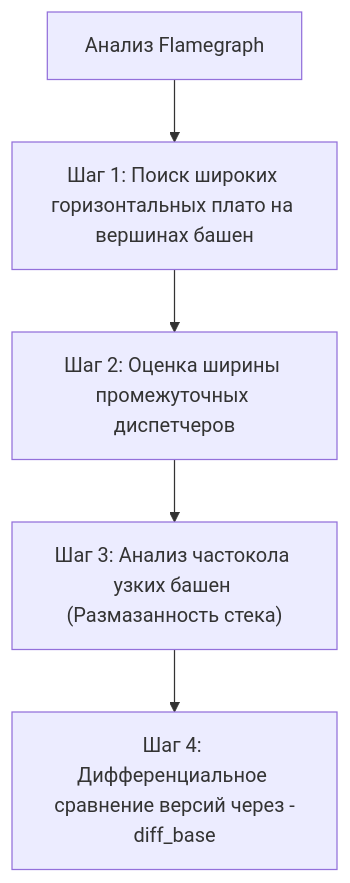
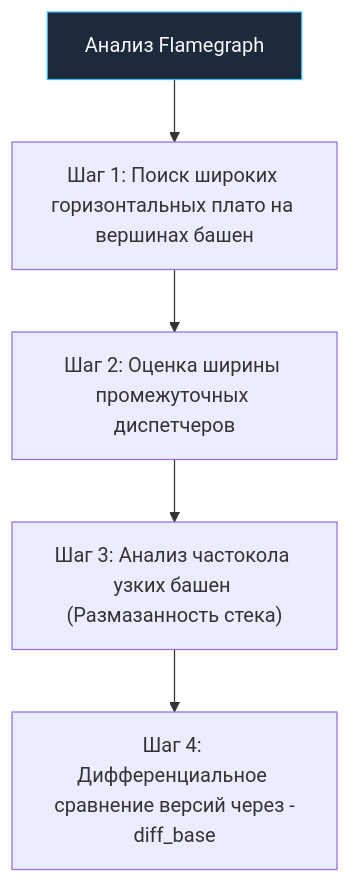
The third of 6 diagrams in sources/16. Профилирование, отладка и производительность/03. CPU profiling/3. Flamegraph.md (UnrealTemplier/go-textbook), drawn with Mermaid before and after one commit. The commit also changed other lines of this file and 1666 other files, not shown here.

First line of the commit message:
feat(mermaid): add semantic color classDef to 1369 colorless flowchart/graph diagrams

````diff
--- a/sources/16. Профилирование, отладка и производительность/03. CPU profiling/3. Flamegraph.md
+++ b/sources/16. Профилирование, отладка и производительность/03. CPU profiling/3. Flamegraph.md
@@ -134,7 +154,17 @@
 ```mermaid
 flowchart TD
-    Start["Анализ Flamegraph"] --> Step1["Шаг 1: Поиск широких горизонтальных плато на вершинах башен"]
+    classDef process  fill:#1e293b,stroke:#38bdf8,stroke-width:1px,color:#f8fafc
+    classDef success  fill:#064e3b,stroke:#34d399,stroke-width:1px,color:#f8fafc
+    classDef error    fill:#7f1d1d,stroke:#f87171,stroke-width:1px,color:#f8fafc
+    classDef warning  fill:#78350f,stroke:#fbbf24,stroke-width:1px,color:#f8fafc
+    classDef entry    fill:#1e3a5f,stroke:#38bdf8,stroke-width:2px,color:#f8fafc
+    classDef aux      fill:#334155,stroke:#64748b,stroke-width:1px,color:#f8fafc
+    classDef system   fill:#312e81,stroke:#a78bfa,stroke-width:1px,color:#f8fafc
+    classDef data     fill:#132d29,stroke:#2dd4bf,stroke-width:1px,color:#f8fafc
+    classDef network  fill:#881337,stroke:#fb7185,stroke-width:1px,color:#f8fafc
+    classDef accent   fill:#1e1b4b,stroke:#818cf8,stroke-width:1px,color:#f8fafc
+    Start["Анализ Flamegraph"]:::process --> Step1["Шаг 1: Поиск широких горизонтальных плато на вершинах башен"]
     Step1 --> Step2["Шаг 2: Оценка ширины промежуточных диспетчеров"]
     Step2 --> Step3["Шаг 3: Анализ частокола узких башен (Размазанность стека)"]
     Step3 --> Step4["Шаг 4: Дифференциальное сравнение версий через -diff_base"]
 ```
````
